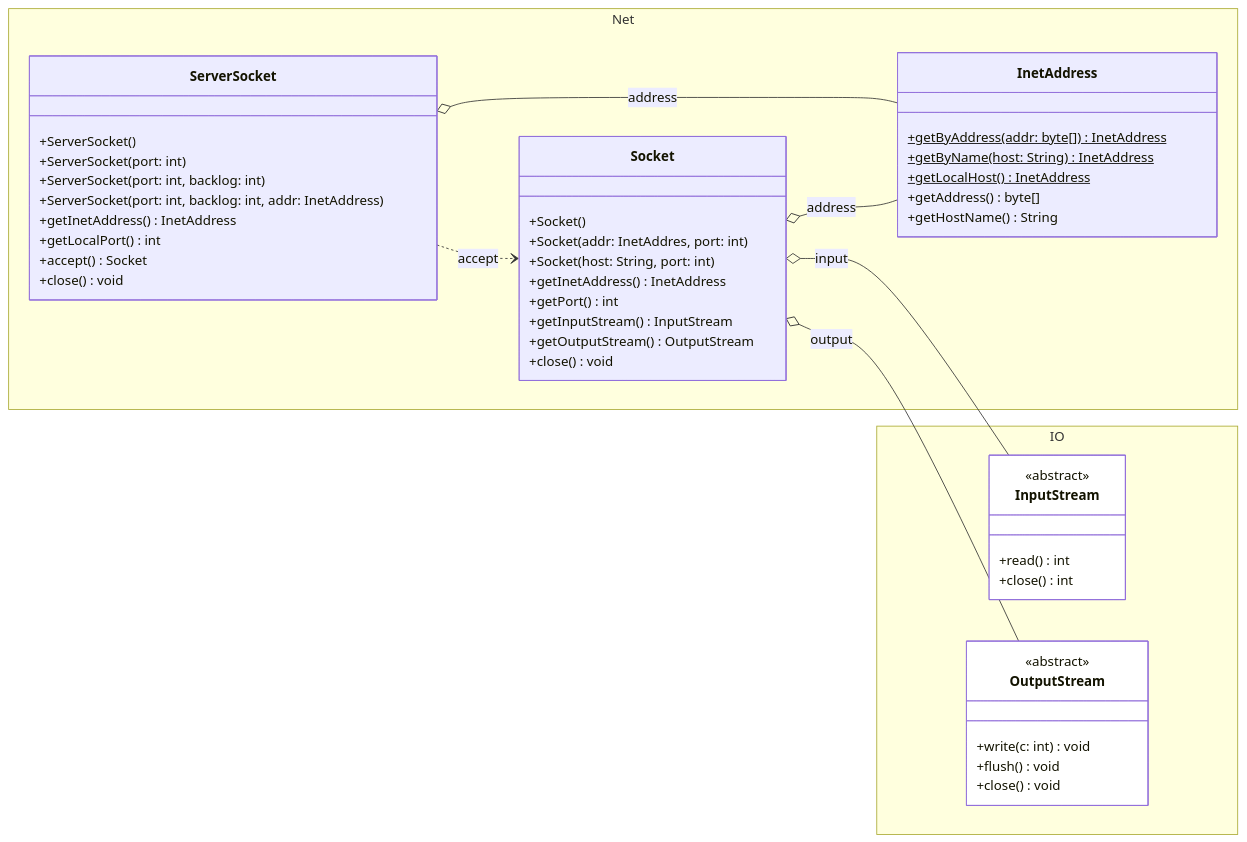
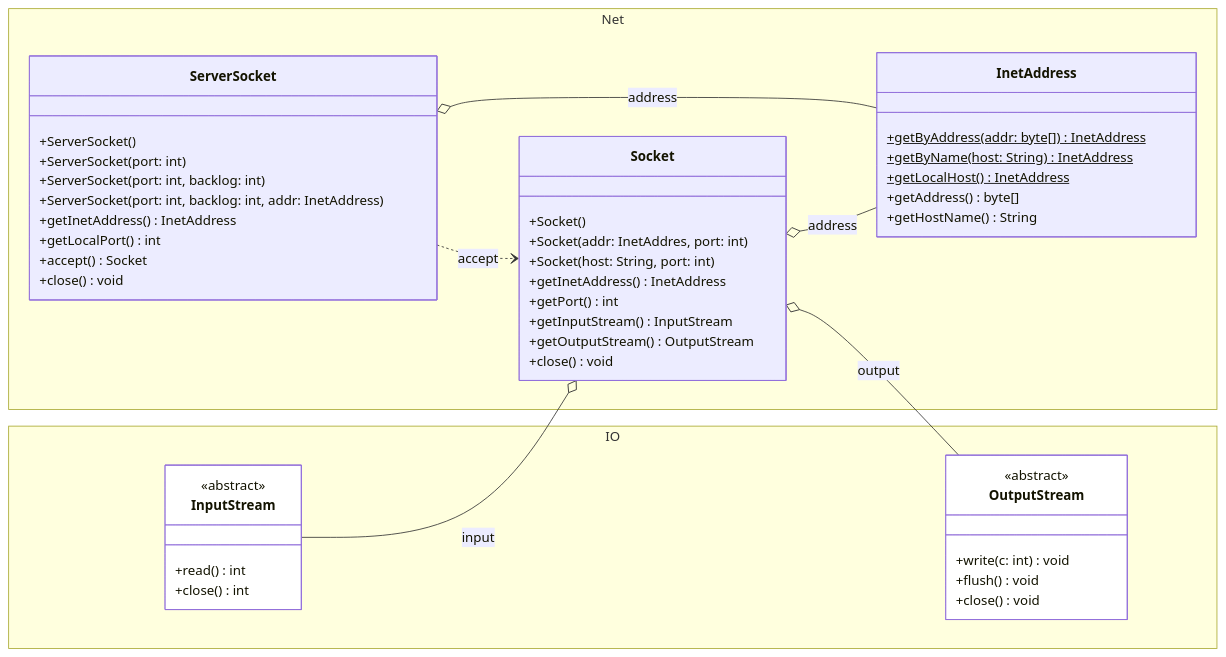
One commit to ghackenberg/kurs-java-programmierung changed the diagram in Grafiken/Net/TCP.mmd. Above: the diagram before and after it, drawn with Mermaid. The commit also changed 2 other files, not shown here.

Commit message:
improve diagram layout

```diff
--- a/Grafiken/Net/TCP.mmd
+++ b/Grafiken/Net/TCP.mmd
@@ -1,61 +1,61 @@
 classDiagram
 
     direction LR
 
     namespace Net {
         class ServerSocket {
             +ServerSocket()
             +ServerSocket(port: int)
             +ServerSocket(port: int, backlog: int)
             +ServerSocket(port: int, backlog: int, addr: InetAddress)
             +getInetAddress() InetAddress
             +getLocalPort() int
             +accept() Socket
             +close() void
         }
 
         class Socket {
             +Socket()
             +Socket(addr: InetAddres, port: int)
             +Socket(host: String, port: int)
             +getInetAddress() InetAddress
             +getPort() int
             +getInputStream() InputStream
             +getOutputStream() OutputStream
             +close() void
         }
 
         class InetAddress {
             +getByAddress(addr: byte[]) InetAddress$
             +getByName(host: String) InetAddress$
             +getLocalHost() InetAddress$
             +getAddress() byte[]
             +getHostName() String
         }
     }
 
     namespace IO {
         class InputStream {
             <<abstract>>
             +read() int
             +close() int
         }
         class OutputStream {
             <<abstract>>
             +write(c: int) void
             +flush() void
             +close() void
         }
     }
 
     ServerSocket o-- InetAddress: address
 
     ServerSocket ..> Socket: accept
 
     Socket o-- InetAddress: address
 
-    Socket o-- InputStream: input
+    InputStream --o Socket: input
     Socket o-- OutputStream: output
 
     style InputStream fill:white
     style OutputStream fill:white
```
